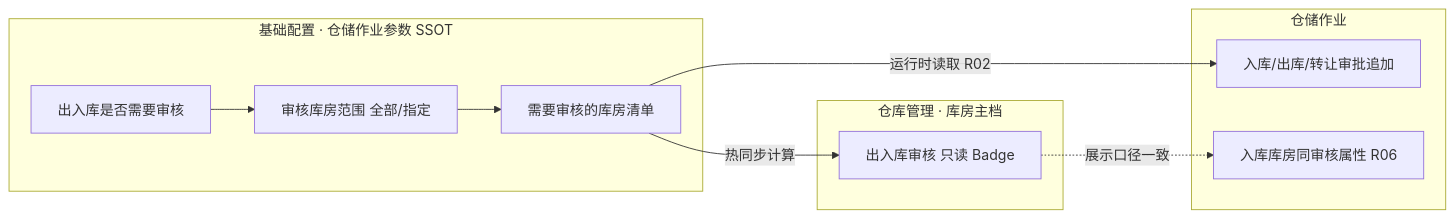
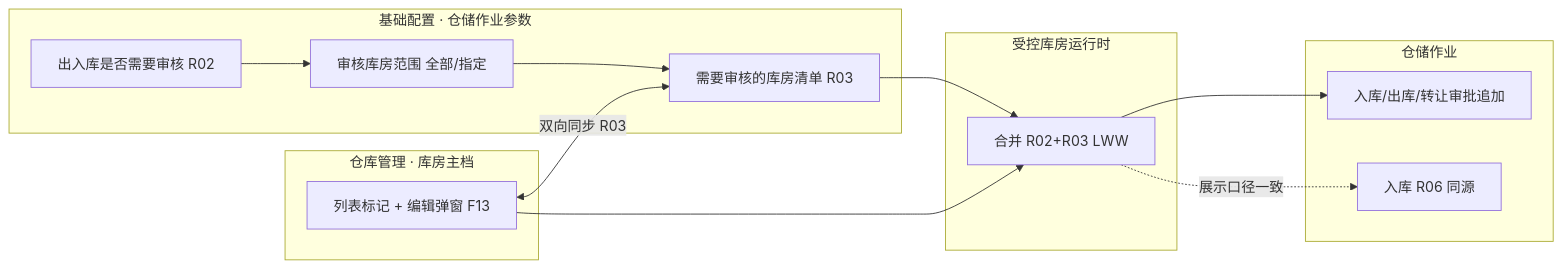
Before and after one commit to RobertHuang999/SYZC: the second of 2 diagrams in 02-PRD文档/B-迭代需求/6.3版本（2026.09）/03-仓库管理-仓库管理/仓库管理主PRD.md, drawn with Mermaid. The commit also changed other lines of this file and 163 other files, not shown here.

````diff
--- a/02-PRD文档/B-迭代需求/6.3版本（2026.09）/03-仓库管理-仓库管理/仓库管理主PRD.md
+++ b/02-PRD文档/B-迭代需求/6.3版本（2026.09）/03-仓库管理-仓库管理/仓库管理主PRD.md
@@ -75,19 +75,24 @@
 ```mermaid
 flowchart LR
-    subgraph CFG[基础配置 · 仓储作业参数 SSOT]
-        C1[出入库是否需要审核]
+    subgraph CFG[基础配置 · 仓储作业参数]
+        C1[出入库是否需要审核 R02]
         C2[审核库房范围 全部/指定]
-        C3[需要审核的库房清单]
+        C3[需要审核的库房清单 R03]
     end
     subgraph WH[仓库管理 · 库房主档]
-        W1[出入库审核 只读 Badge]
+        W1[列表标记 + 编辑弹窗 F13]
+    end
+    subgraph SVC[受控库房运行时]
+        R[合并 R02+R03 LWW]
     end
     subgraph WMS[仓储作业]
         D1[入库/出库/转让审批追加]
-        D2[入库库房同审核属性 R06]
+        D2[入库 R06 同源]
     end
     C1 --> C2 --> C3
-    C3 -->|热同步计算| W1
-    C3 -->|运行时读取 R02| D1
-    W1 -.->|展示口径一致| D2
+    W1 <-->|双向同步 R03| C3
+    C3 --> R
+    W1 --> R
+    R --> D1
+    R -.->|展示口径一致| D2
 ```
````
